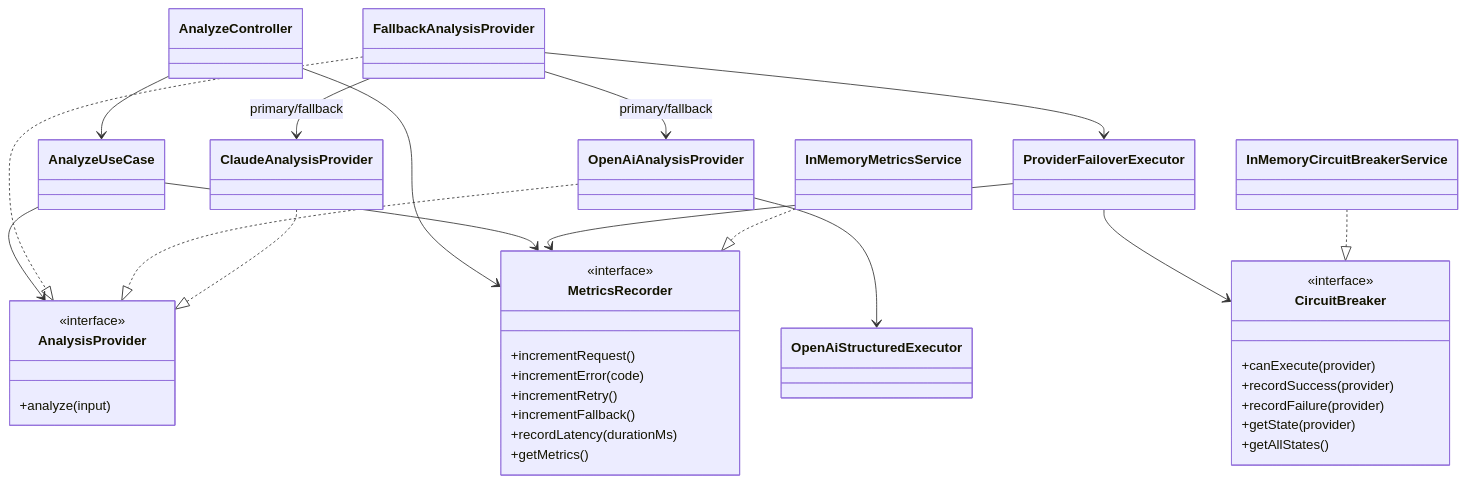
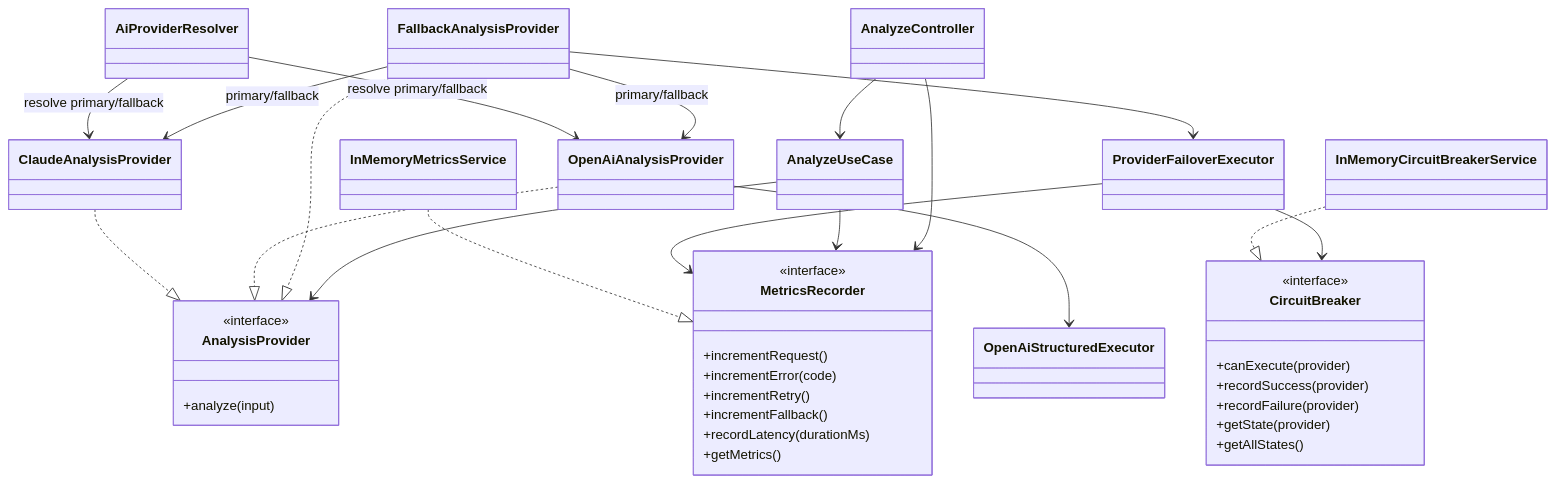
The diagram in docs/diagrams/analyze-class-diagram.md (gustavoarielms/ai-orchestrator), drawn with Mermaid before and after one commit. The commit also changed 6 other files, not shown here.

First line of the commit message:
docs(architecture): align documentation with shared AI runtime and failover strategy

````diff
--- a/docs/diagrams/analyze-class-diagram.md
+++ b/docs/diagrams/analyze-class-diagram.md
@@ -3,58 +3,61 @@
 ```mermaid
 classDiagram
     class AnalyzeController
     class AnalyzeUseCase
+    class AiProviderResolver
     class OpenAiStructuredExecutor
     class ProviderFailoverExecutor
 
     class AnalysisProvider {
       <<interface>>
       +analyze(input)
     }
 
     class FallbackAnalysisProvider
     class OpenAiAnalysisProvider
     class ClaudeAnalysisProvider
 
     class MetricsRecorder {
       <<interface>>
       +incrementRequest()
       +incrementError(code)
       +incrementRetry()
       +incrementFallback()
       +recordLatency(durationMs)
       +getMetrics()
     }
 
     class InMemoryMetricsService
 
     class CircuitBreaker {
       <<interface>>
       +canExecute(provider)
       +recordSuccess(provider)
       +recordFailure(provider)
       +getState(provider)
       +getAllStates()
     }
 
     class InMemoryCircuitBreakerService
 
     AnalyzeController --> AnalyzeUseCase
     AnalyzeController --> MetricsRecorder
     AnalyzeUseCase --> AnalysisProvider
     AnalyzeUseCase --> MetricsRecorder
 
     FallbackAnalysisProvider ..|> AnalysisProvider
     OpenAiAnalysisProvider ..|> AnalysisProvider
     ClaudeAnalysisProvider ..|> AnalysisProvider
 
     FallbackAnalysisProvider --> OpenAiAnalysisProvider : primary/fallback
     FallbackAnalysisProvider --> ClaudeAnalysisProvider : primary/fallback
     FallbackAnalysisProvider --> ProviderFailoverExecutor
     OpenAiAnalysisProvider --> OpenAiStructuredExecutor
+    AiProviderResolver --> OpenAiAnalysisProvider : resolve primary/fallback
+    AiProviderResolver --> ClaudeAnalysisProvider : resolve primary/fallback
 
     ProviderFailoverExecutor --> MetricsRecorder
     ProviderFailoverExecutor --> CircuitBreaker
     InMemoryMetricsService ..|> MetricsRecorder
     InMemoryCircuitBreakerService ..|> CircuitBreaker
 ```
````
